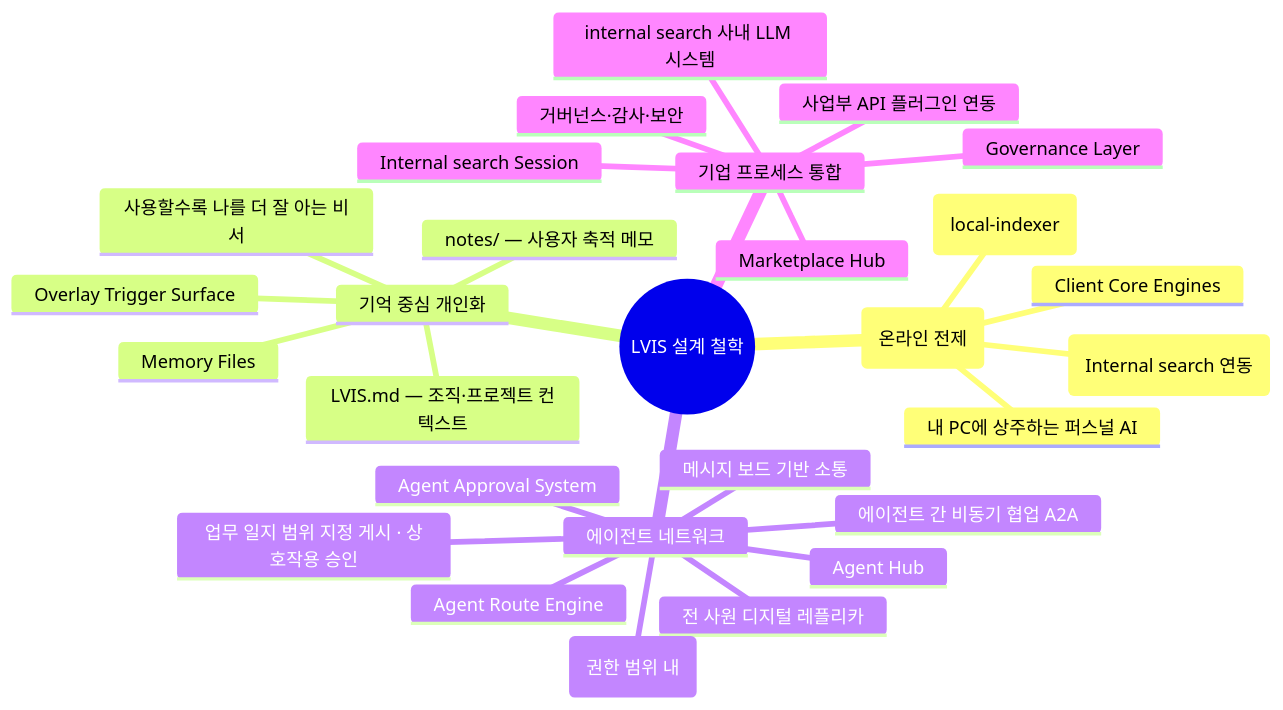
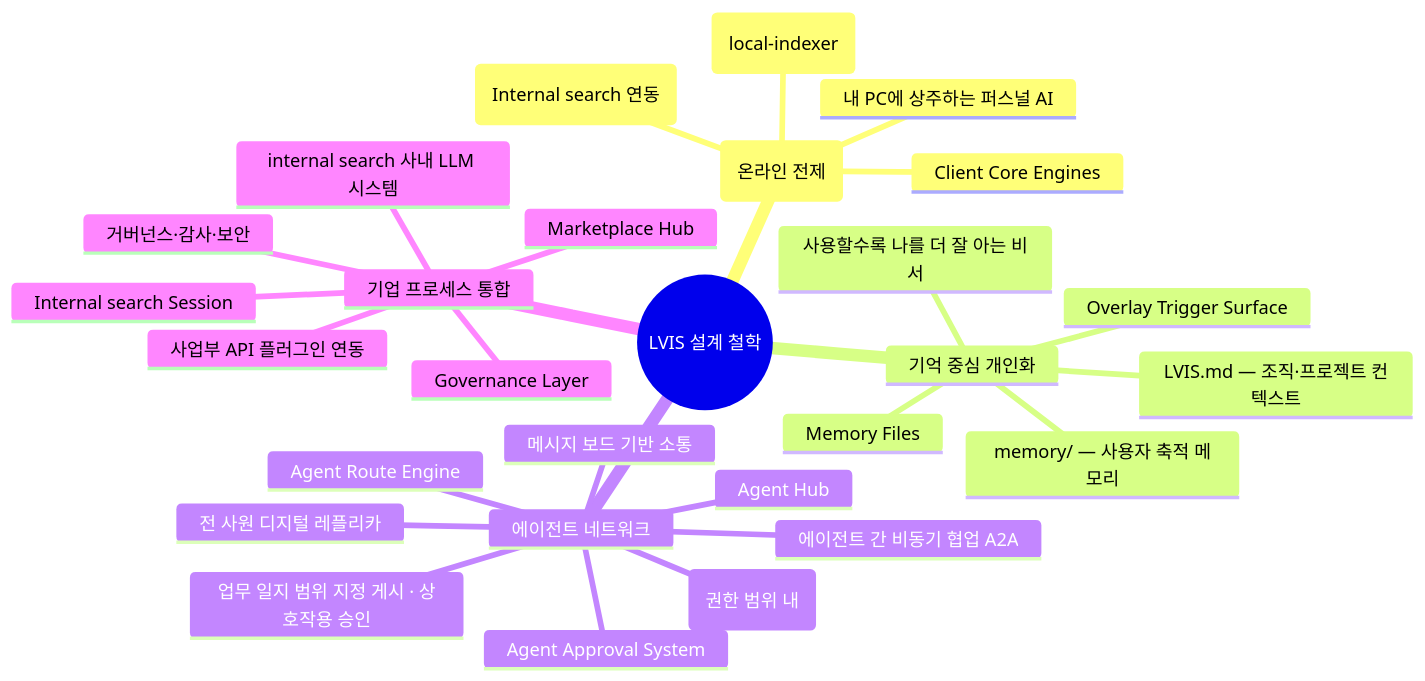
The first of 44 diagrams in docs/architecture/architecture.md (lvis-project/lvis-app), drawn with Mermaid before and after one commit. The commit also changed other lines of this file and 180 other files, not shown here.

````diff
--- a/docs/architecture/architecture.md
+++ b/docs/architecture/architecture.md
@@ -45,31 +45,31 @@
 ```mermaid
 mindmap
   root((LVIS 설계 철학))
     설치형·로컬 기반 (온라인 전제)
       내 PC에 상주하는 퍼스널 AI
       로컬 문서·파일 인덱싱 (Internal search 연동)
       Local Index Engine (local-indexer)
       Client Core Engines
     기억 중심 개인화
       LVIS.md — 조직·프로젝트 컨텍스트
-      notes/ — 사용자 축적 메모
+      memory/ — 사용자 축적 메모리
       사용할수록 나를 더 잘 아는 비서
       Memory Files
       Overlay Trigger Surface
     에이전트 네트워크
       전 사원 디지털 레플리카
       에이전트 간 비동기 협업 A2A
       메시지 보드 기반 소통
       업무 일지 범위 지정 게시 · 상호작용 승인
       Hub 수시 열람 - 집단 지성 (권한 범위 내)
       Agent Hub
       Agent Route Engine
       Agent Approval System
     기업 프로세스 통합
       internal search 사내 LLM 시스템
       사업부 API 플러그인 연동
       거버넌스·감사·보안
       Internal search Session
       Marketplace Hub
       Governance Layer
 ```
````
